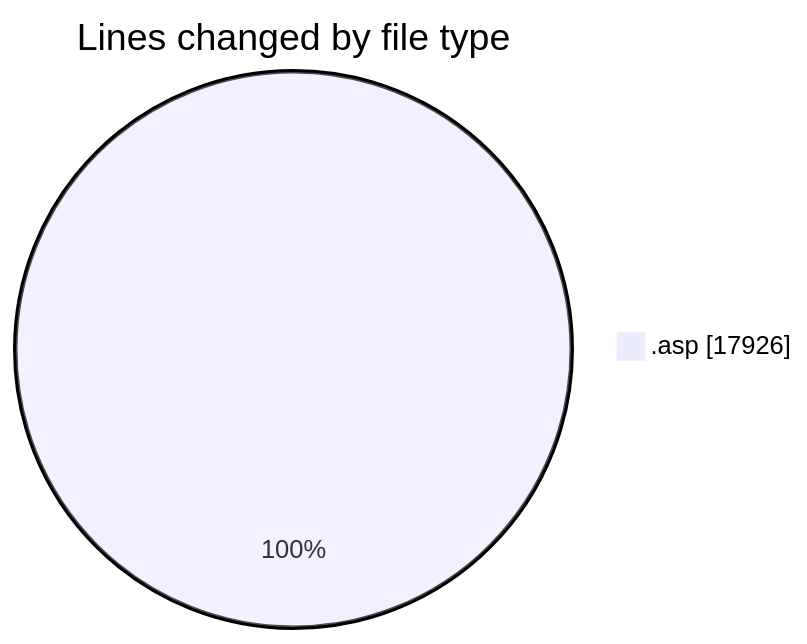
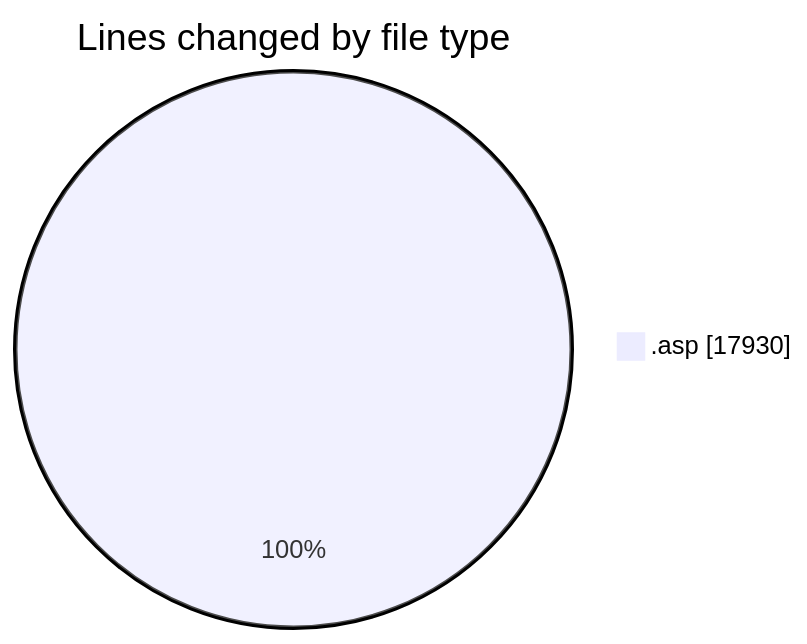
The first of 2 diagrams in 2025-11-01/cdp_aleoudev_fr__workspace_/README.md (julien-gomy/code-tracking), drawn with Mermaid before and after one commit. The commit also changed other lines of this file and 1 other file, not shown here.

````diff
--- a/2025-11-01/cdp_aleoudev_fr__workspace_/README.md
+++ b/2025-11-01/cdp_aleoudev_fr__workspace_/README.md
@@ -25,5 +25,5 @@
 ```mermaid
 pie showData
 title Lines changed by file type
-".asp" : 17926
+".asp" : 17930
 ```
````
